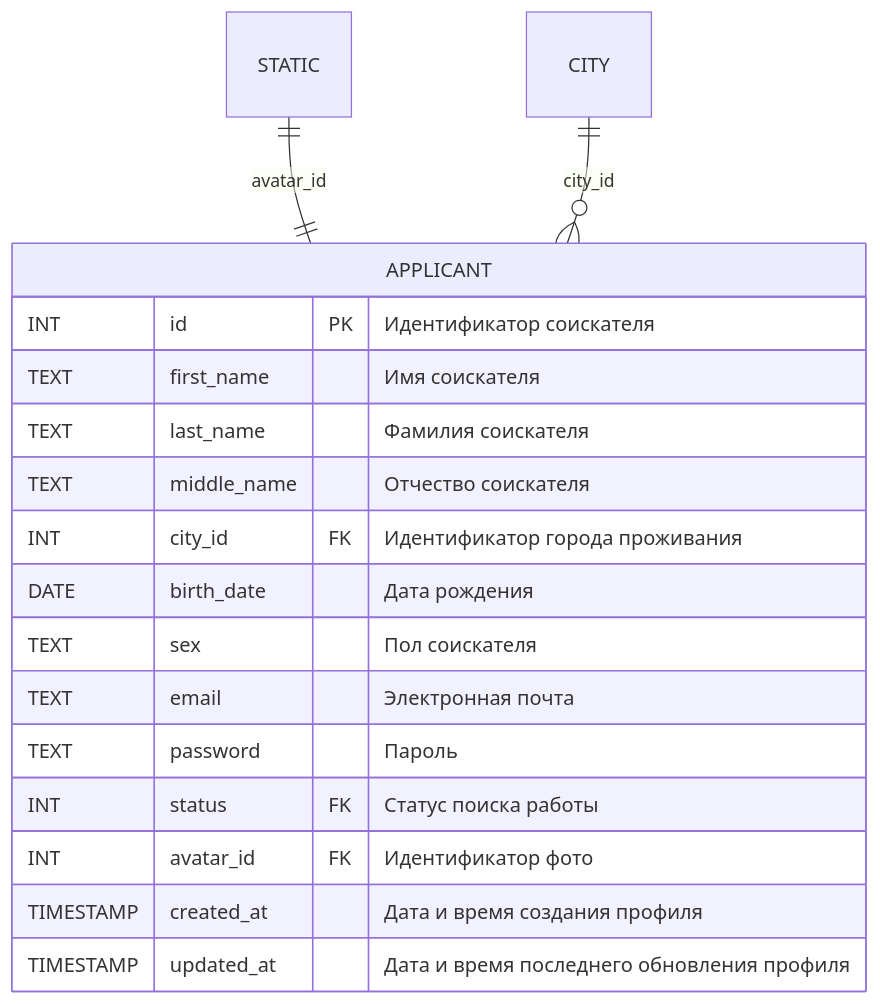
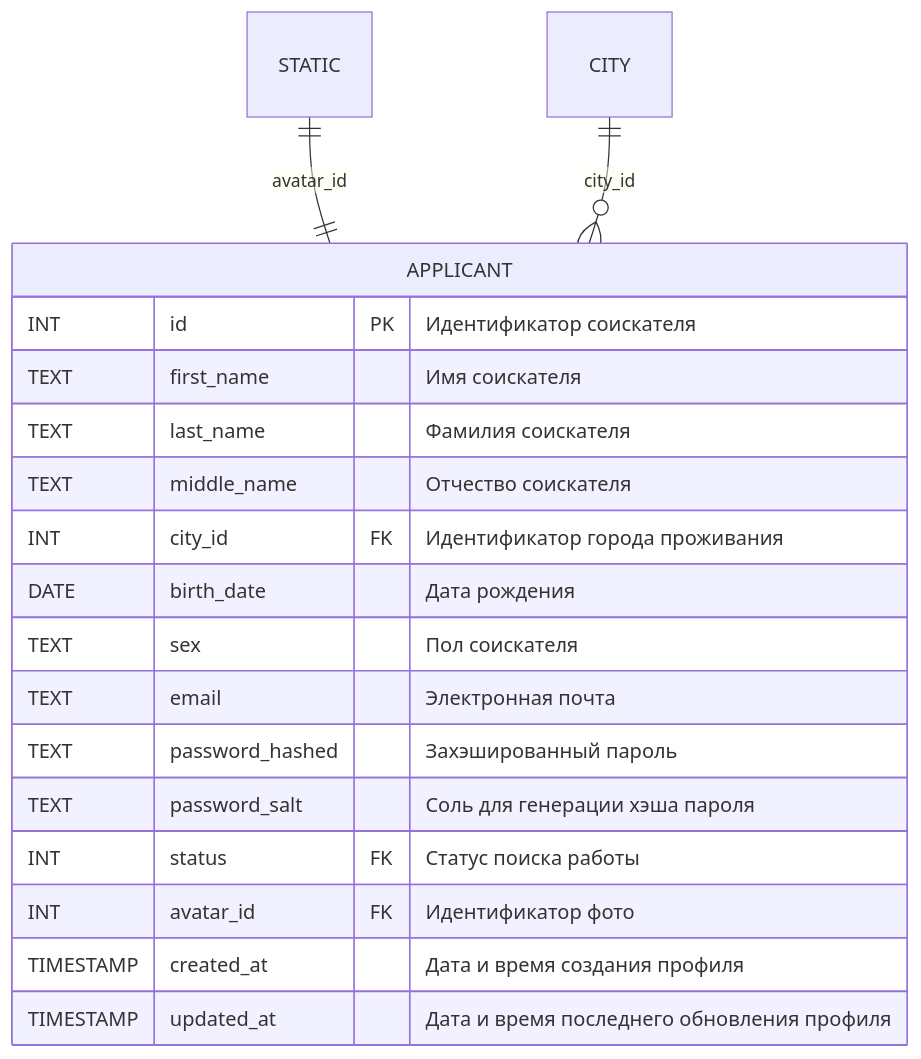
One commit to go-park-mail-ru/2025_1_Orange changed the second of 18 diagrams in db/normalized/relations.md. Above: the diagram before and after it, drawn with Mermaid. The commit also changed other lines of this file and 1 other file, not shown here.

Commit message:
Added password_salt and password_hashed fields to applicant and employer entities.

````diff
--- a/db/normalized/relations.md
+++ b/db/normalized/relations.md
@@ -63,20 +63,21 @@
 ```mermaid
 erDiagram
     APPLICANT {
         INT id PK "Идентификатор соискателя"
         TEXT first_name "Имя соискателя"
         TEXT last_name "Фамилия соискателя"
         TEXT middle_name "Отчество соискателя"
         INT city_id FK "Идентификатор города проживания"
         DATE birth_date "Дата рождения"
         TEXT sex "Пол соискателя"
         TEXT email "Электронная почта"
-        TEXT password "Пароль"
+        TEXT password_hashed "Захэшированный пароль"
+        TEXT password_salt "Соль для генерации хэша пароля"
         INT status FK "Статус поиска работы"
         INT avatar_id FK "Идентификатор фото"
         TIMESTAMP created_at "Дата и время создания профиля"
         TIMESTAMP updated_at "Дата и время последнего обновления профиля"
     }
     STATIC ||--|| APPLICANT : "avatar_id"
     CITY ||--o{ APPLICANT : "city_id"
 ```
````
